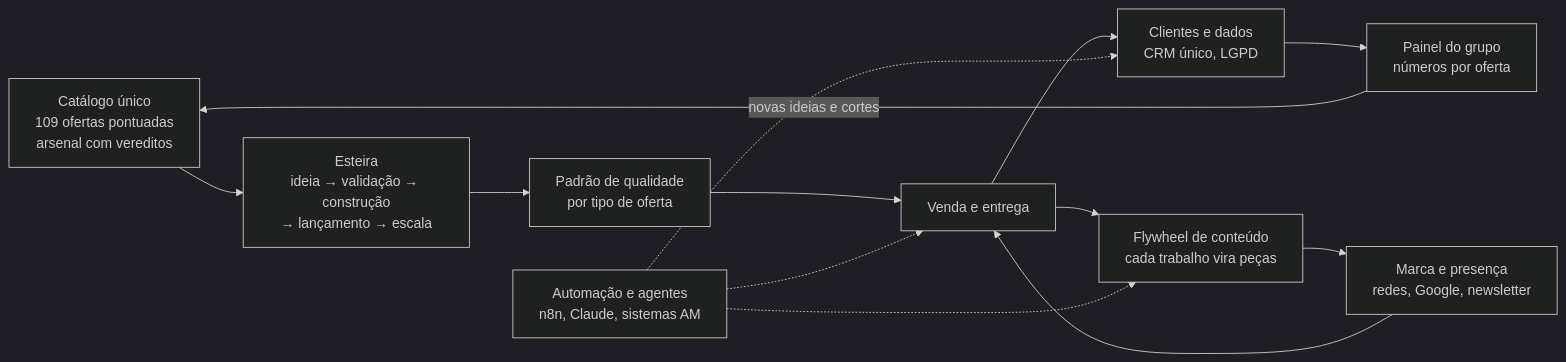
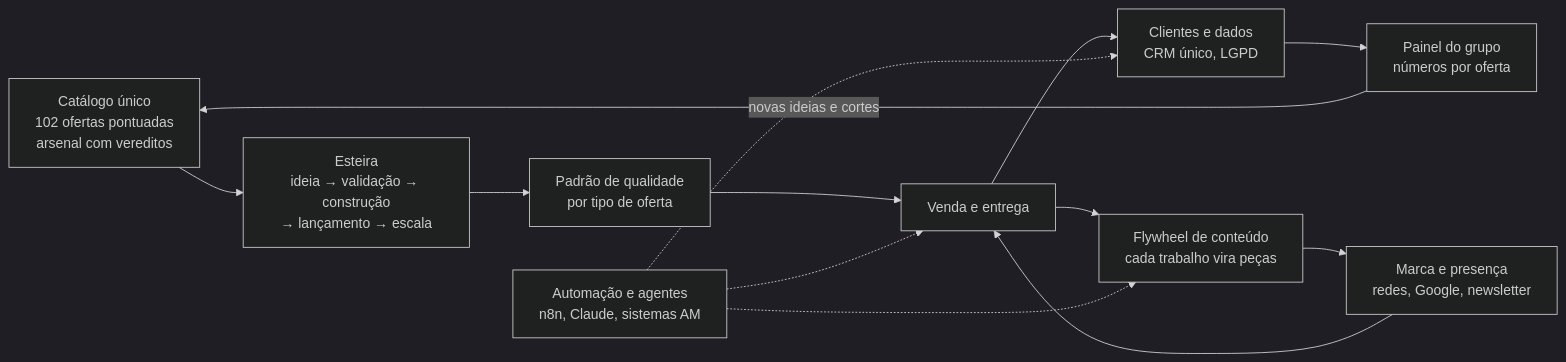
One commit to AlanMateus17/dev-setup changed the diagram in docs/operacao/README.md. Above: the diagram before and after it, drawn with Mermaid (dark theme). The commit also changed other lines of this file and 50 other files, not shown here.

````diff
--- a/docs/operacao/README.md
+++ b/docs/operacao/README.md
@@ -11,15 +11,15 @@
 ```mermaid
 flowchart LR
-  C["Catálogo único<br/>109 ofertas pontuadas<br/>arsenal com vereditos"] --> E["Esteira<br/>ideia → validação → construção<br/>→ lançamento → escala"]
+  C["Catálogo único<br/>102 ofertas pontuadas<br/>arsenal com vereditos"] --> E["Esteira<br/>ideia → validação → construção<br/>→ lançamento → escala"]
   E --> Q["Padrão de qualidade<br/>por tipo de oferta"]
   Q --> V["Venda e entrega"]
   V --> D["Clientes e dados<br/>CRM único, LGPD"]
   V --> F["Flywheel de conteúdo<br/>cada trabalho vira peças"]
   F --> M["Marca e presença<br/>redes, Google, newsletter"]
   M --> V
   D --> P["Painel do grupo<br/>números por oferta"]
   P -->|"novas ideias e cortes"| C
   A["Automação e agentes<br/>n8n, Claude, sistemas AM"] -.-> V
   A -.-> F
   A -.-> D
 ```
````
